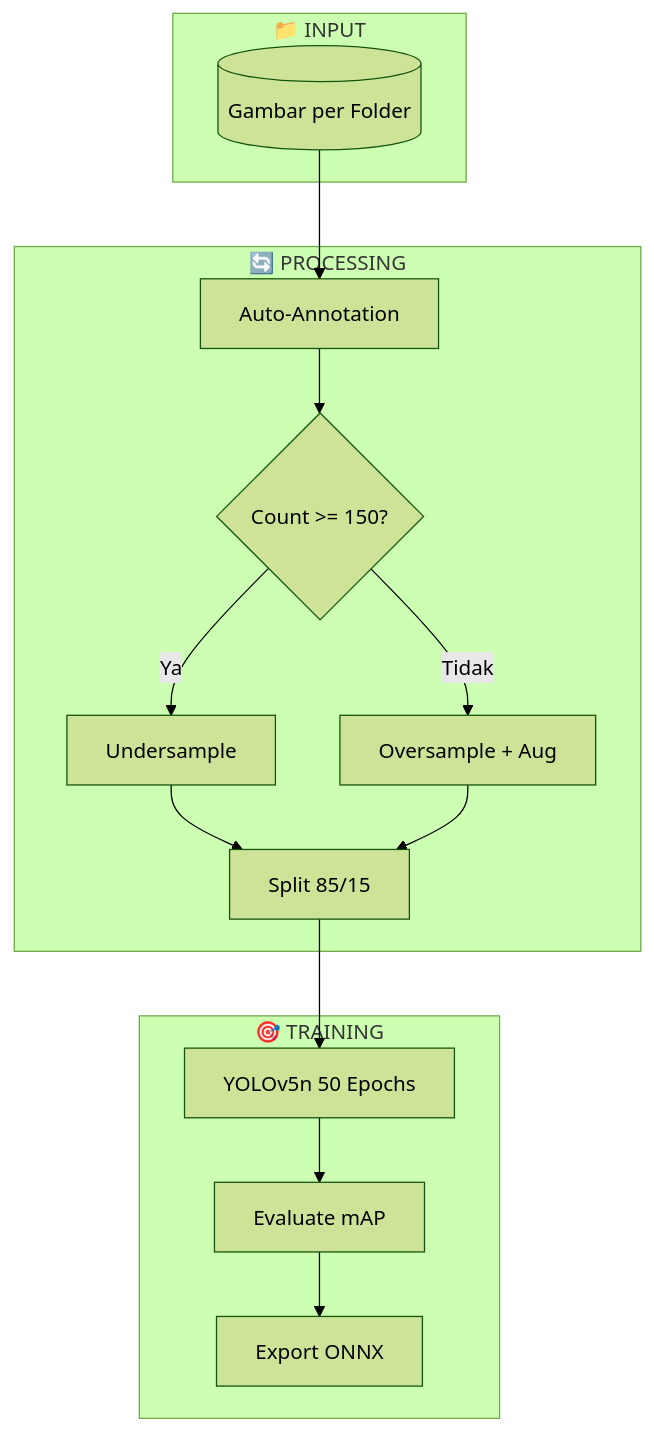
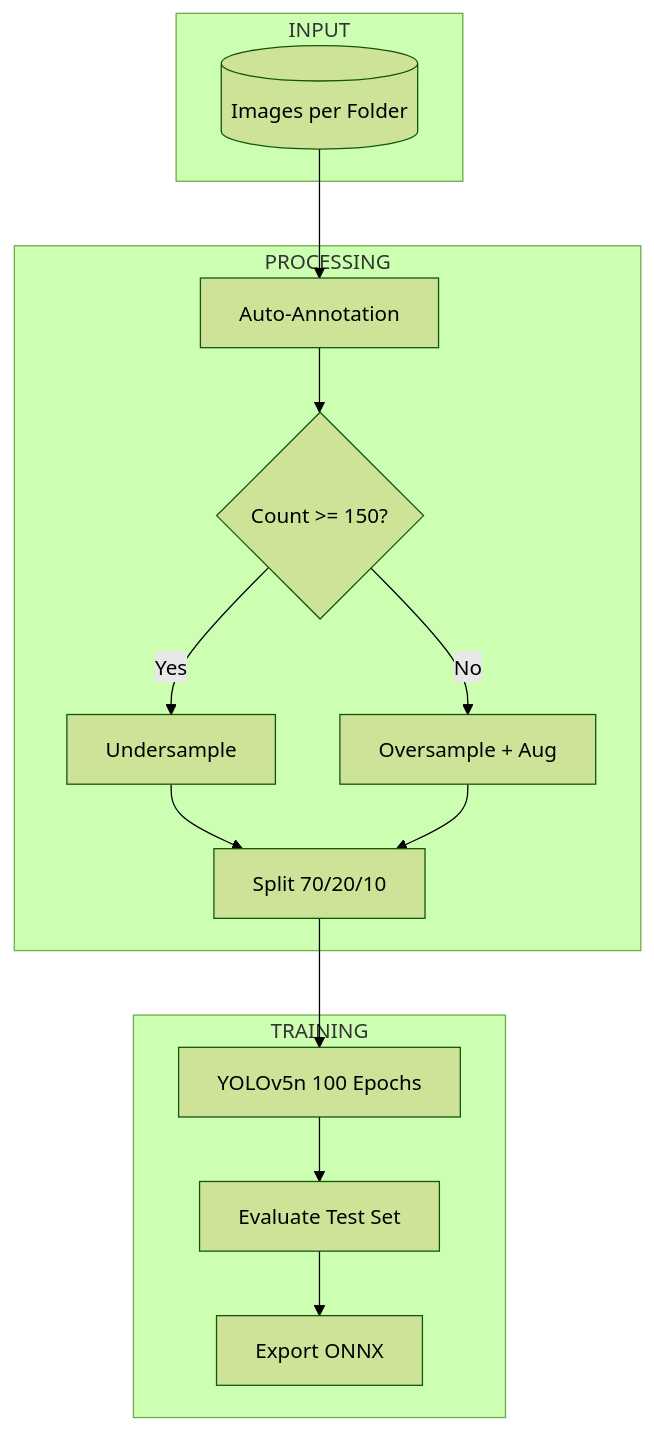
The second of 4 diagrams in README.md (eLsann/model-esp32), drawn with Mermaid (forest theme) before and after one commit. The commit also changed other lines of this file, not shown here.

````diff
--- a/README.md
+++ b/README.md
@@ -47,25 +47,25 @@
 ```mermaid
 flowchart TD
-    subgraph INPUT["📁 INPUT"]
-        A[("Gambar per Folder")]
+    subgraph INPUT["INPUT"]
+        A[("Images per Folder")]
     end
 
-    subgraph PROCESS["🔄 PROCESSING"]
+    subgraph PROCESS["PROCESSING"]
         B["Auto-Annotation"]
         C{"Count >= 150?"}
         D["Undersample"]
         E["Oversample + Aug"]
-        F["Split 85/15"]
+        F["Split 70/20/10"]
     end
 
-    subgraph TRAINING["🎯 TRAINING"]
-        G["YOLOv5n 50 Epochs"]
-        H["Evaluate mAP"]
+    subgraph TRAINING["TRAINING"]
+        G["YOLOv5n 100 Epochs"]
+        H["Evaluate Test Set"]
         I["Export ONNX"]
     end
 
     A --> B --> C
-    C -->|Ya| D --> F
-    C -->|Tidak| E --> F
+    C -->|Yes| D --> F
+    C -->|No| E --> F
     F --> G --> H --> I
 ```
````
